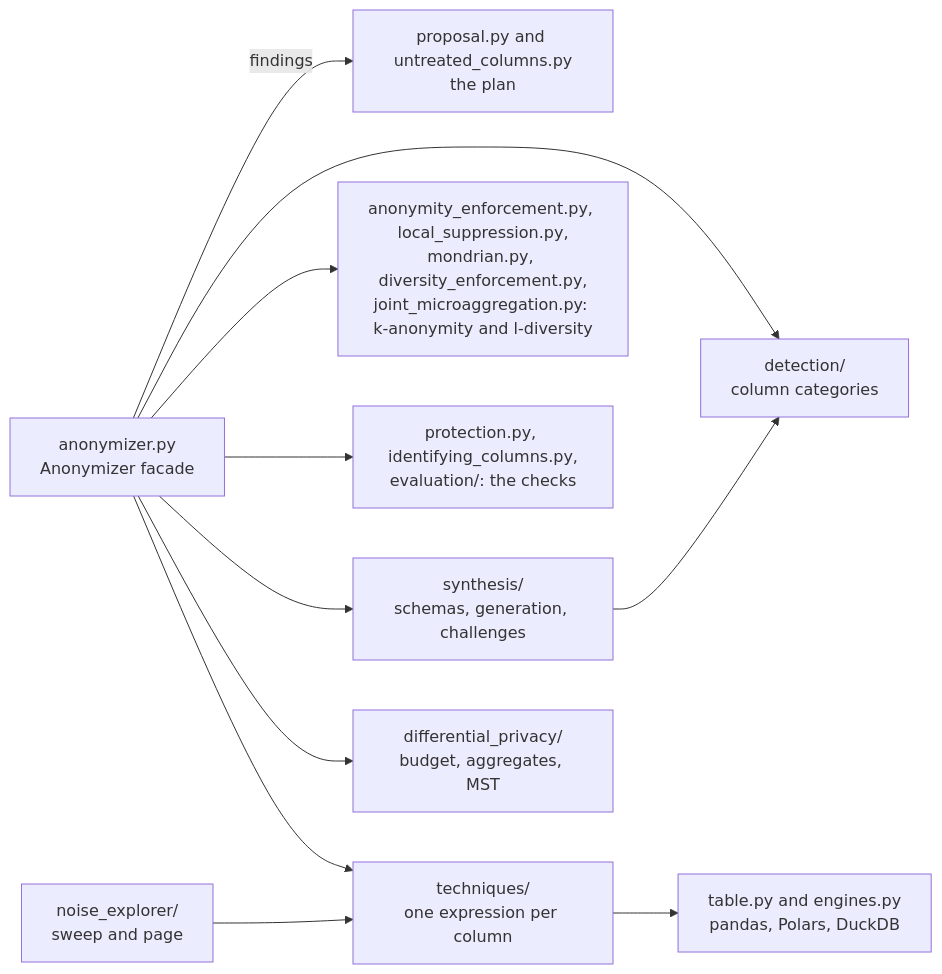
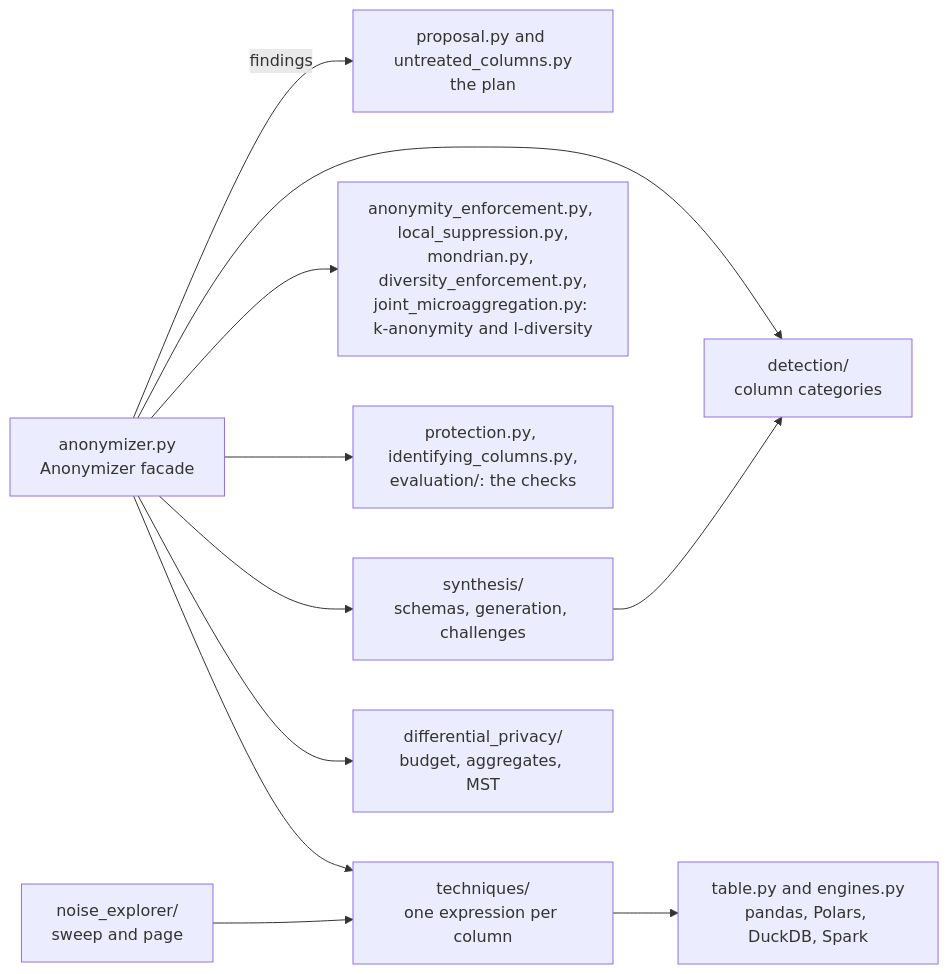
One commit to rmonteiro-pereira/data-anonymizer changed the third of 4 diagrams in ARCHITECTURE.md. Above: the diagram before and after it, drawn with Mermaid. The commit also changed other lines of this file and 13 other files, not shown here.

````diff
--- a/ARCHITECTURE.md
+++ b/ARCHITECTURE.md
@@ -94,23 +95,23 @@
 ```mermaid
 flowchart LR
   facade["anonymizer.py<br/>Anonymizer facade"]
   detection["detection/<br/>column categories"]
   proposal["proposal.py and untreated_columns.py<br/>the plan"]
   techniques["techniques/<br/>one expression per column"]
-  table["table.py and engines.py<br/>pandas, Polars, DuckDB"]
+  table["table.py and engines.py<br/>pandas, Polars, DuckDB, Spark"]
   suppression["anonymity_enforcement.py, local_suppression.py,<br/>mondrian.py, diversity_enforcement.py,<br/>joint_microaggregation.py: k-anonymity and l-diversity"]
   protection["protection.py, identifying_columns.py,<br/>evaluation/: the checks"]
   synthesis["synthesis/<br/>schemas, generation, challenges"]
   privacy["differential_privacy/<br/>budget, aggregates, MST"]
   explorer["noise_explorer/<br/>sweep and page"]
 
   facade --> detection
   facade -->|"findings"| proposal
   facade --> techniques --> table
   facade --> suppression
   facade --> protection
   facade --> synthesis
   facade --> privacy
   explorer --> techniques
   synthesis --> detection
 ```
````
